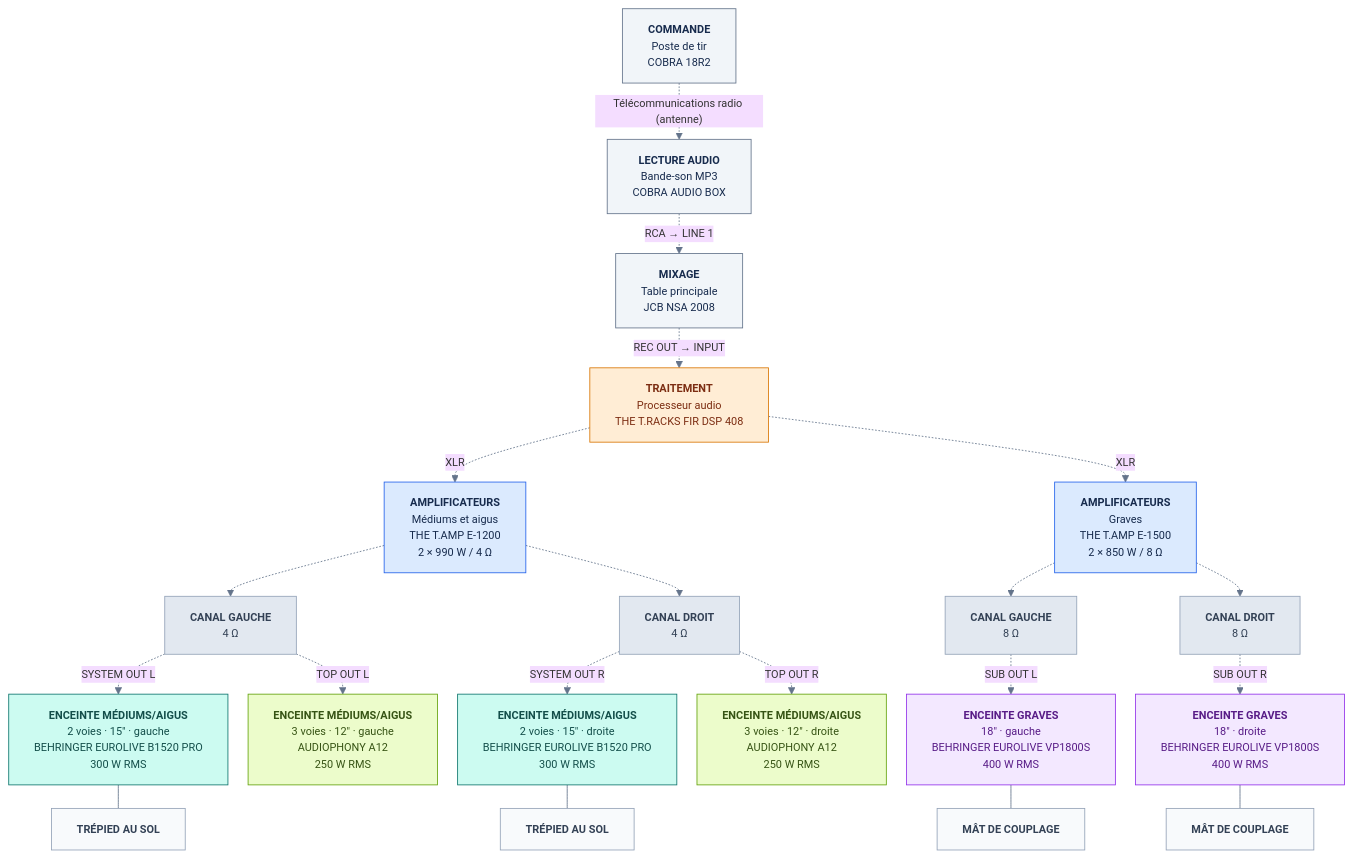
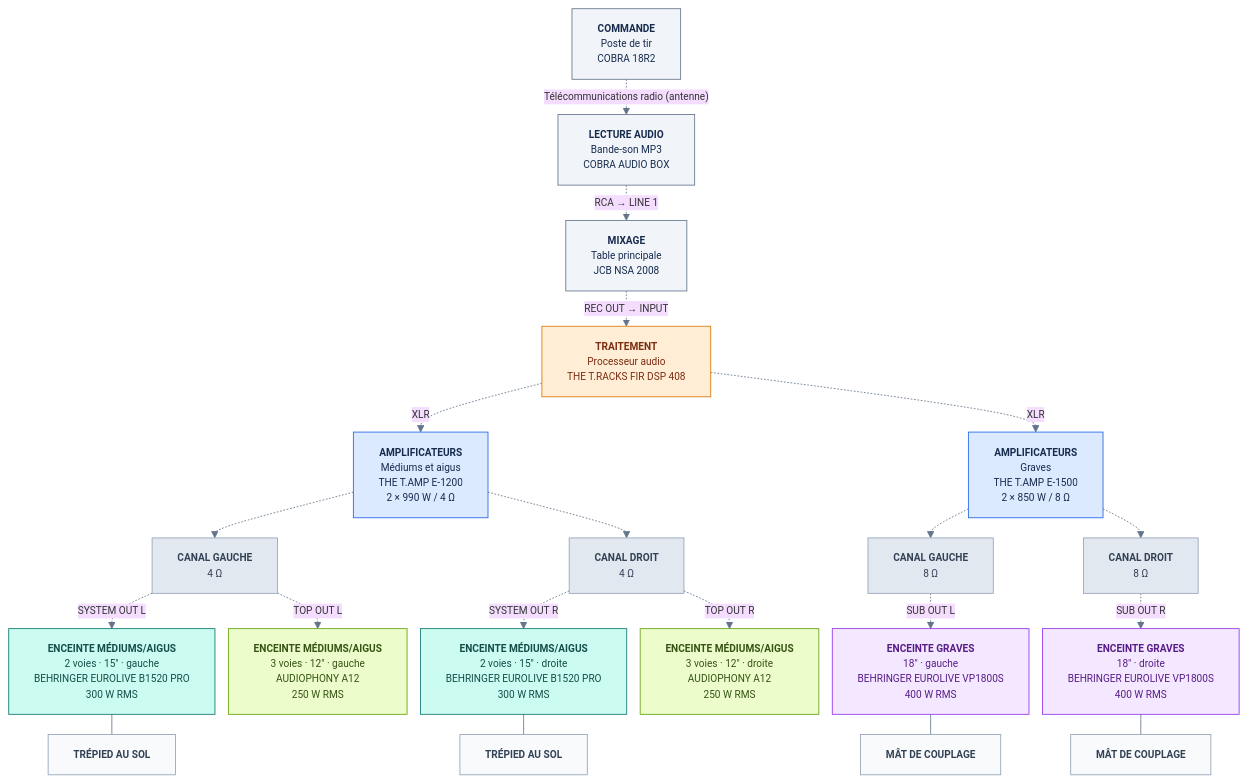
One commit to HAZIT-FR/PGE-SONO changed the first of 2 diagrams in README.md. Above: the diagram before and after it, drawn with Mermaid. The commit also changed other lines of this file, not shown here.

Commit message:
fix: rendre le schéma Mermaid responsif et afficher la première section au chargement

```diff
--- a/README.md
+++ b/README.md
@@ -18,63 +18,63 @@
 ~~~mermaid
-%%{init: {"flowchart": {"nodeSpacing": 24, "rankSpacing": 28, "htmlLabels": true, "wrappingWidth": 320}, "theme": "base", "themeVariables": {"fontSize": "13px", "lineColor": "#64748b"}}}%%
+%%{init: {"flowchart": {"useMaxWidth": true, "nodeSpacing": 16, "rankSpacing": 24, "htmlLabels": true, "wrappingWidth": 260}, "theme": "base", "themeVariables": {"fontSize": "12px", "lineColor": "#64748b"}}}%%
 flowchart TB
   A["<b>COMMANDE</b><br/>Poste de tir<br/>COBRA 18R2"]
   B["<b>LECTURE AUDIO</b><br/>Bande-son MP3<br/>COBRA AUDIO BOX"]
   C["<b>MIXAGE</b><br/>Table principale<br/>JCB NSA 2008"]
   D["<b>TRAITEMENT</b><br/>Processeur audio<br/>THE T.RACKS FIR DSP 408"]
   E["<b>AMPLIFICATEURS</b><br/>Médiums et aigus<br/>THE T.AMP E-1200<br/>2 × 990 W / 4 Ω"]
   F["<b>AMPLIFICATEURS</b><br/>Graves<br/>THE T.AMP E-1500<br/>2 × 850 W / 8 Ω"]
   LG["<b>CANAL GAUCHE</b><br/>4 Ω"]
   LD["<b>CANAL DROIT</b><br/>4 Ω"]
   FG["<b>CANAL GAUCHE</b><br/>8 Ω"]
   FD["<b>CANAL DROIT</b><br/>8 Ω"]
   BG["<b>ENCEINTE MÉDIUMS/AIGUS</b><br/>2 voies · 15″ · gauche<br/>BEHRINGER EUROLIVE B1520 PRO<br/>300 W RMS"]
   BD["<b>ENCEINTE MÉDIUMS/AIGUS</b><br/>2 voies · 15″ · droite<br/>BEHRINGER EUROLIVE B1520 PRO<br/>300 W RMS"]
   AG["<b>ENCEINTE MÉDIUMS/AIGUS</b><br/>3 voies · 12″ · gauche<br/>AUDIOPHONY A12<br/>250 W RMS"]
   AD["<b>ENCEINTE MÉDIUMS/AIGUS</b><br/>3 voies · 12″ · droite<br/>AUDIOPHONY A12<br/>250 W RMS"]
   SG["<b>ENCEINTE GRAVES</b><br/>18″ · gauche<br/>BEHRINGER EUROLIVE VP1800S<br/>400 W RMS"]
   SD["<b>ENCEINTE GRAVES</b><br/>18″ · droite<br/>BEHRINGER EUROLIVE VP1800S<br/>400 W RMS"]
 
   TG["<b>TRÉPIED AU SOL</b>"]
   TD["<b>TRÉPIED AU SOL</b>"]
   MG["<b>MÂT DE COUPLAGE</b>"]
   MD["<b>MÂT DE COUPLAGE</b>"]
 
   A -. "Télécommunications radio (antenne)" .-> B
   B -. "RCA → LINE 1" .-> C
   C -. "REC OUT → INPUT" .-> D
   D -. "XLR" .-> E
   D -. "XLR" .-> F
   E -.-> LG
   E -.-> LD
   F -.-> FG
   F -.-> FD
   LG -. "SYSTEM OUT L" .-> BG
   LG -. "TOP OUT L" .-> AG
   LD -. "SYSTEM OUT R" .-> BD
   LD -. "TOP OUT R" .-> AD
   FG -. "SUB OUT L" .-> SG
   FD -. "SUB OUT R" .-> SD
 
   BG --- TG
   BD --- TD
   SG --- MG
   SD --- MD
 
   classDef commande fill:#f1f5f9,stroke:#64748b,color:#172b4d;
   classDef processeur fill:#ffedd5,stroke:#d97706,color:#7c2d12;
   classDef amplis fill:#dbeafe,stroke:#2563eb,color:#172b4d;
   classDef canaux fill:#e2e8f0,stroke:#94a3b8,color:#334155;
   classDef principales fill:#ccfbf1,stroke:#0f766e,color:#134e4a;
   classDef appoint fill:#ecfccb,stroke:#65a30d,color:#365314;
   classDef basses fill:#f3e8ff,stroke:#9333ea,color:#581c87;
   classDef support fill:#f8fafc,stroke:#94a3b8,color:#334155;
   class A,B,C commande;
   class D processeur;
   class E,F amplis;
   class LG,LD,FG,FD canaux;
   class BG,BD principales;
   class AG,AD appoint;
   class SG,SD basses;
   class TG,TD,MG,MD support;
 ~~~
```
